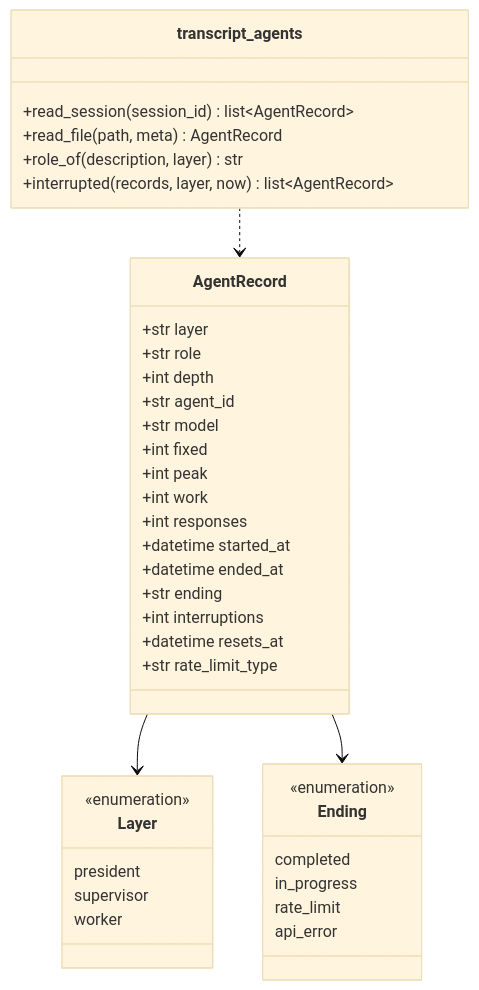
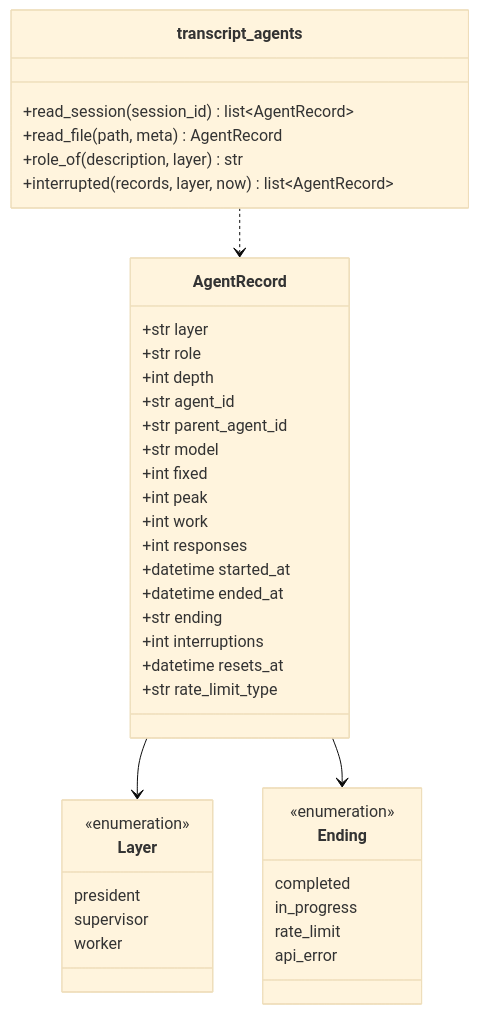
Before and after one commit to devbasex/ai-plugins: the fourth of 6 diagrams in issues/issue-550-657-design.md, drawn with Mermaid (base theme). The commit also changed other lines of this file and 2 other files, not shown here.

````diff
--- a/issues/issue-550-657-design.md
+++ b/issues/issue-550-657-design.md
@@ -340,42 +340,43 @@
 ```mermaid
 classDiagram
     class AgentRecord {
         +str layer
         +str role
         +int depth
         +str agent_id
+        +str parent_agent_id
         +str model
         +int fixed
         +int peak
         +int work
         +int responses
         +datetime started_at
         +datetime ended_at
         +str ending
         +int interruptions
         +datetime resets_at
         +str rate_limit_type
     }
     class Layer {
         <<enumeration>>
         president
         supervisor
         worker
     }
     class Ending {
         <<enumeration>>
         completed
         in_progress
         rate_limit
         api_error
     }
     class transcript_agents {
         +read_session(session_id) list~AgentRecord~
         +read_file(path, meta) AgentRecord
         +role_of(description, layer) str
         +interrupted(records, layer, now) list~AgentRecord~
     }
     AgentRecord --> Layer
     AgentRecord --> Ending
     transcript_agents ..> AgentRecord
 ```
````
